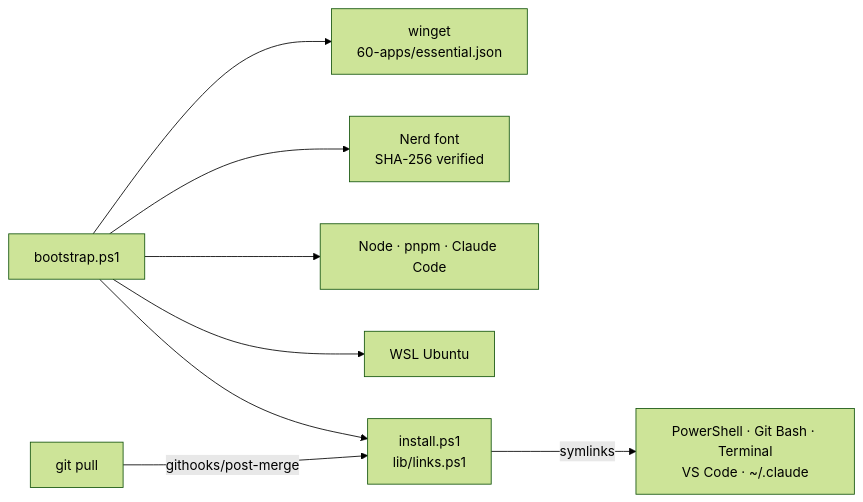
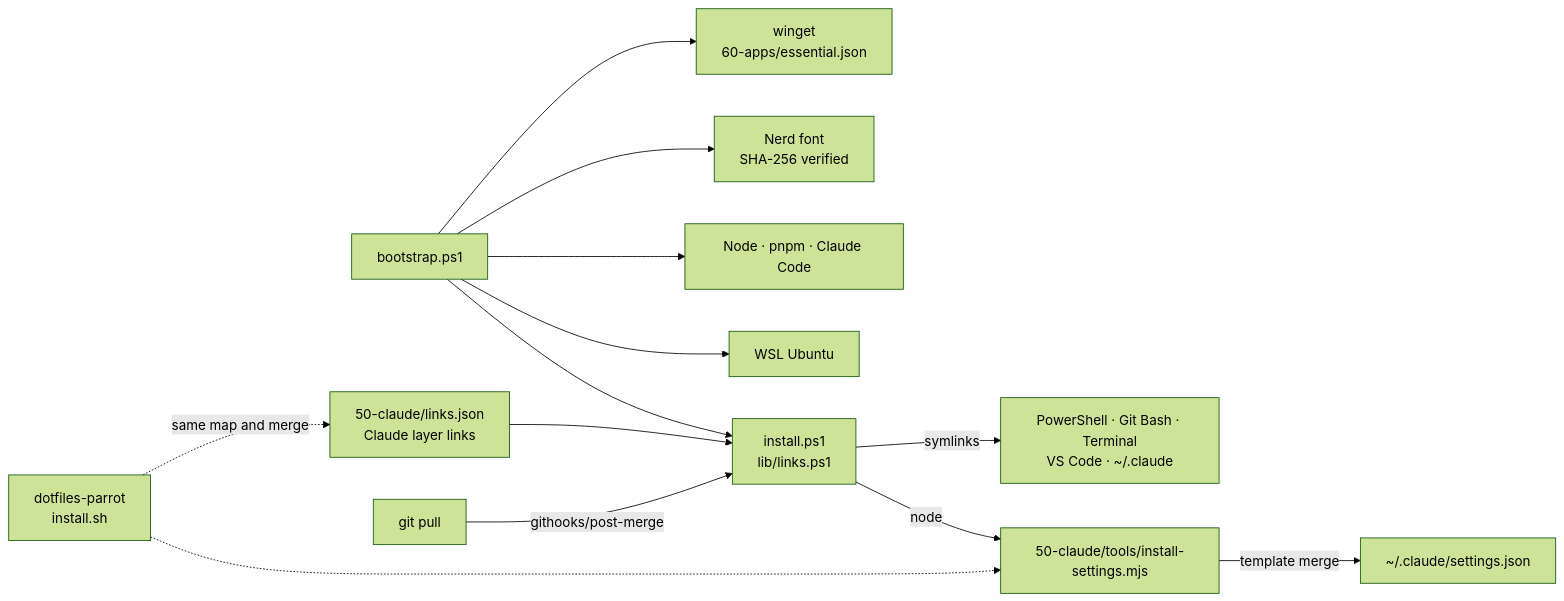
The diagram in README.es.md (M1gu3l4ngel/dotfiles-windows), drawn with Mermaid (forest theme) before and after one commit. The commit also changed 8 other files, not shown here.

First line of the commit message:
refactor(install): read the Claude layer links from links.json

````diff
--- a/README.es.md
+++ b/README.es.md
@@ -48,10 +48,15 @@
 ```mermaid
 flowchart LR
     B["bootstrap.ps1"] --> W["winget<br/>60-apps/essential.json"]
     B --> F["Nerd font<br/>SHA-256 verified"]
     B --> N["Node · pnpm · Claude Code"]
     B --> U["WSL Ubuntu"]
     B --> I["install.ps1<br/>lib/links.ps1"]
     I -- "symlinks" --> H["PowerShell · Git Bash · Terminal<br/>VS Code · ~/.claude"]
+    L["50-claude/links.json<br/>Claude layer links"] --> I
+    I -- "node" --> S["50-claude/tools/install-settings.mjs"]
+    S -- "template merge" --> J["~/.claude/settings.json"]
+    P["dotfiles-parrot<br/>install.sh"] -. "same map and merge" .-> L
+    P -.-> S
     G["git pull"] -- "githooks/post-merge" --> I
 ```
````
